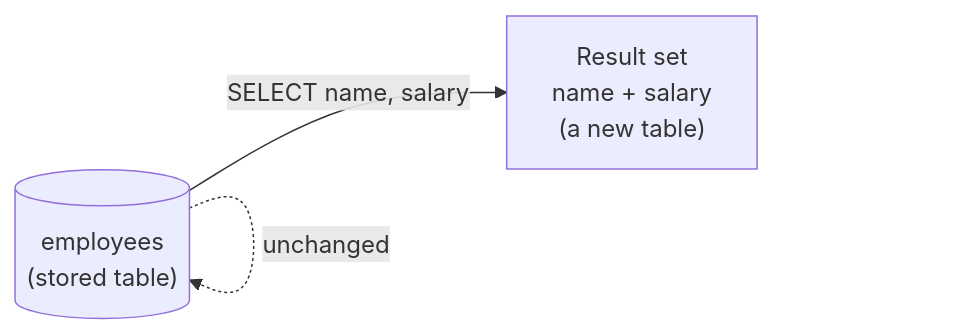
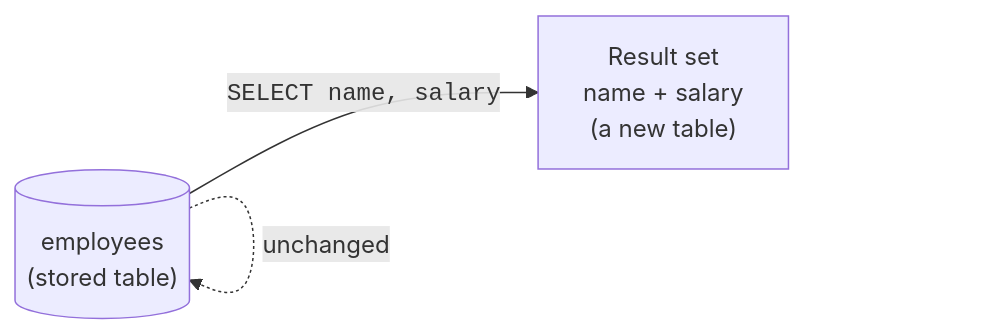
The diagram in content/learn/intro-sql-postgres/select-basics.mdx (dataslope/dataslope), drawn with Mermaid before and after one commit. The commit also changed 46 other files, not shown here.

First line of the commit message:
Wrap code in mermaid edge labels + entity/table names in DB diagrams

````diff
--- a/content/learn/intro-sql-postgres/select-basics.mdx
+++ b/content/learn/intro-sql-postgres/select-basics.mdx
@@ -74,5 +74,5 @@
 ```mermaid
 flowchart LR
-    T[("employees<br/>(stored table)")] -->|"SELECT name, salary"| R["Result set<br/>name + salary<br/>(a new table)"]
+    T[("employees<br/>(stored table)")] -->|"<code>SELECT name, salary</code>"| R["Result set<br/>name + salary<br/>(a new table)"]
     T -.->|"unchanged"| T
 ```
````
